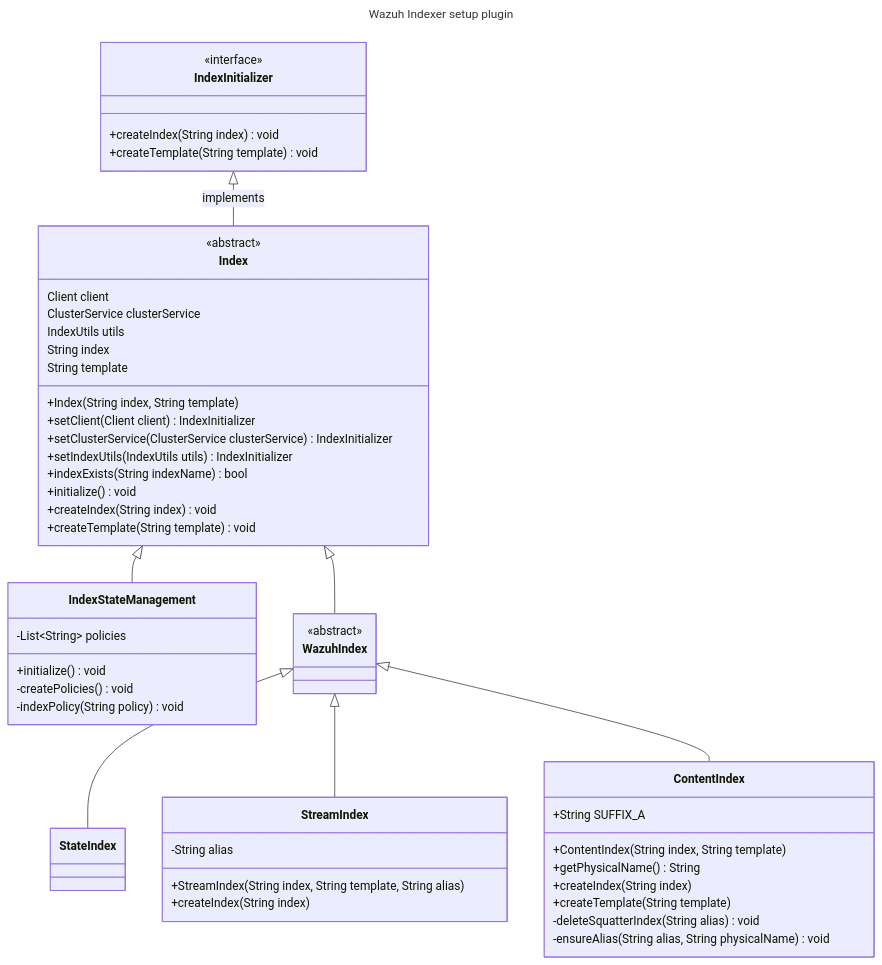
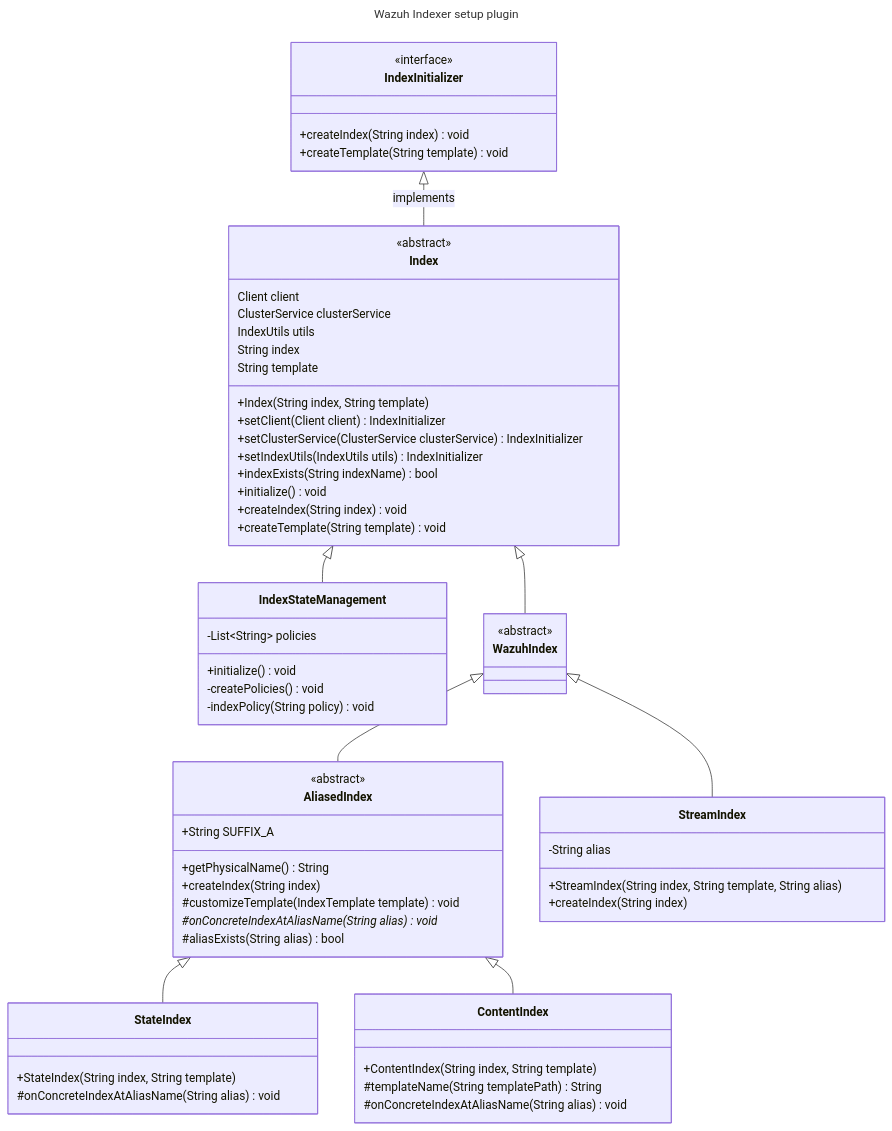
One commit to wazuh/wazuh-indexer-plugins changed the first of 2 diagrams in docs/dev/plugins/setup.md. Above: the diagram before and after it, drawn with Mermaid. The commit also changed other lines of this file and 11 other files, not shown here.

````diff
--- a/docs/dev/plugins/setup.md
+++ b/docs/dev/plugins/setup.md
@@ -9,70 +9,79 @@
 ```mermaid
 ---
 title: Wazuh Indexer setup plugin
 ---
 classDiagram
     %% Classes
     class IndexInitializer
     <<interface>> IndexInitializer
     class Index
     <<abstract>> Index
     class IndexStateManagement
     class WazuhIndex
     <<abstract>> WazuhIndex
+    class AliasedIndex
+    <<abstract>> AliasedIndex
     class StateIndex
     class StreamIndex
     class ContentIndex
 
     %% Relations
     IndexInitializer <|-- Index : implements
     Index <|-- IndexStateManagement
     Index <|-- WazuhIndex
-    WazuhIndex <|-- StateIndex
+    WazuhIndex <|-- AliasedIndex
     WazuhIndex <|-- StreamIndex
-    WazuhIndex <|-- ContentIndex
+    AliasedIndex <|-- StateIndex
+    AliasedIndex <|-- ContentIndex
 
     %% Schemas
     class IndexInitializer {
         +createIndex(String index) void
         +createTemplate(String template) void
     }
     class Index {
         Client client
         ClusterService clusterService
         IndexUtils utils
         String index
         String template
         +Index(String index, String template)
         +setClient(Client client) IndexInitializer
         +setClusterService(ClusterService clusterService) IndexInitializer
         +setIndexUtils(IndexUtils utils) IndexInitializer
         +indexExists(String indexName) bool
         +initialize() void
         +createIndex(String index) void
         +createTemplate(String template) void
     }
     class IndexStateManagement {
         -List~String~ policies
         +initialize() void
         -createPolicies() void
         -indexPolicy(String policy) void
     }
     class WazuhIndex {
     }
     class StreamIndex {
         -String alias
         +StreamIndex(String index, String template, String alias)
         +createIndex(String index)
     }
+    class AliasedIndex {
+        +String SUFFIX_A
+        +getPhysicalName() String
+        +createIndex(String index)
+        #customizeTemplate(IndexTemplate template) void
+        #onConcreteIndexAtAliasName(String alias)* void
+        #aliasExists(String alias) bool
+    }
     class StateIndex {
+        +StateIndex(String index, String template)
+        #onConcreteIndexAtAliasName(String alias) void
     }
     class ContentIndex {
-        +String SUFFIX_A
         +ContentIndex(String index, String template)
-        +getPhysicalName() String
-        +createIndex(String index)
-        +createTemplate(String template)
-        -deleteSquatterIndex(String alias) void
-        -ensureAlias(String alias, String physicalName) void
+        #templateName(String templatePath) String
+        #onConcreteIndexAtAliasName(String alias) void
     }
 ```
````
